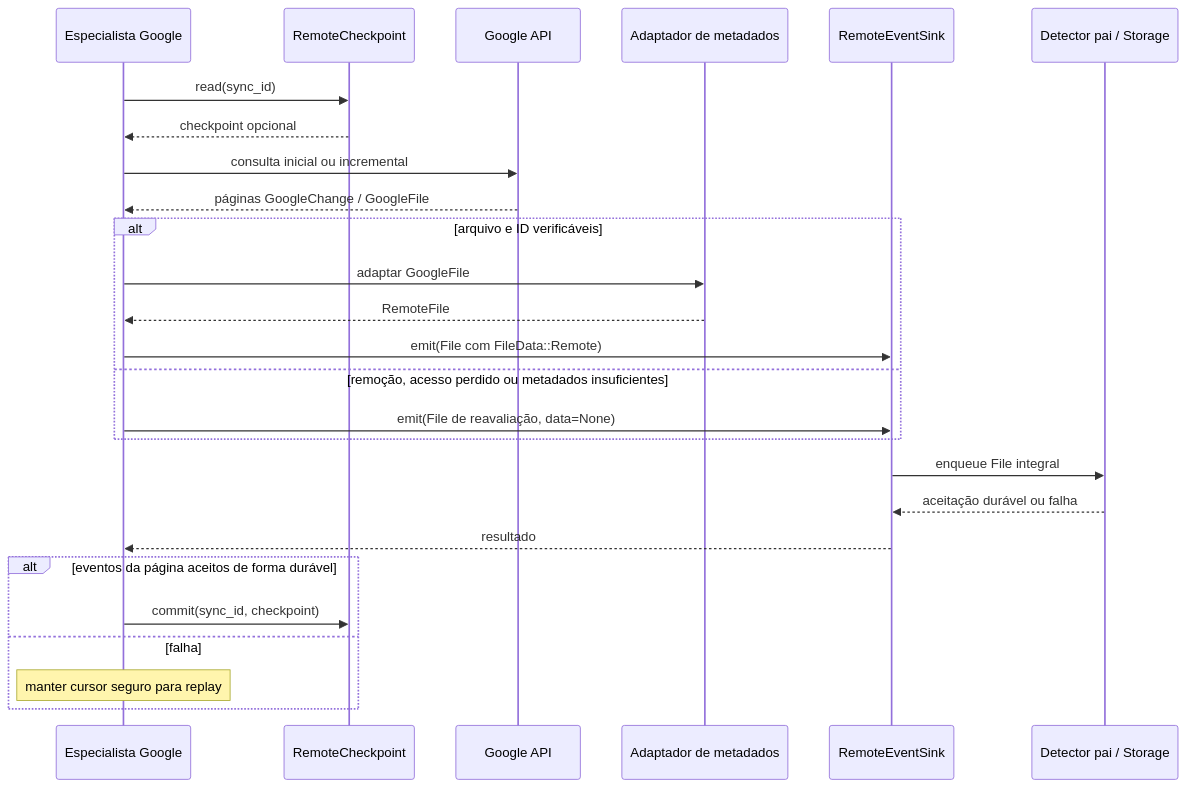
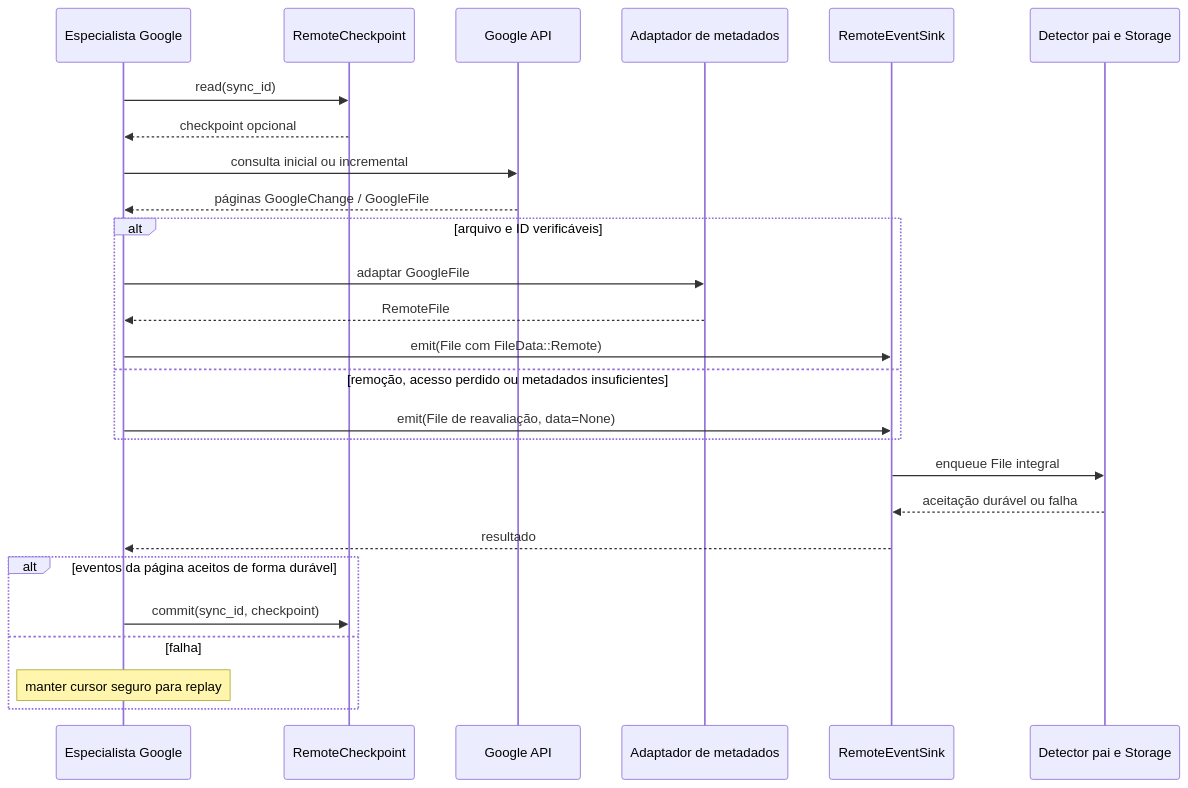
Before and after one commit to rafatosta/drivesync: the second of 2 diagrams in docs/engine/detectors/remote/google/README.md, drawn with Mermaid.

Commit message:
docs(detectors): fix Mermaid sequence syntax in local and remote diagrams

````diff
--- a/docs/engine/detectors/remote/google/README.md
+++ b/docs/engine/detectors/remote/google/README.md
@@ -60,28 +60,28 @@
 ```mermaid
 sequenceDiagram
     participant G as Especialista Google
     participant C as RemoteCheckpoint
     participant A as Google API
     participant M as Adaptador de metadados
     participant S as RemoteEventSink
-    participant D as Detector pai / Storage
+    participant D as Detector pai e Storage
     G->>C: read(sync_id)
     C-->>G: checkpoint opcional
     G->>A: consulta inicial ou incremental
     A-->>G: páginas GoogleChange / GoogleFile
     alt arquivo e ID verificáveis
         G->>M: adaptar GoogleFile
         M-->>G: RemoteFile
         G->>S: emit(File com FileData::Remote)
     else remoção, acesso perdido ou metadados insuficientes
         G->>S: emit(File de reavaliação, data=None)
     end
     S->>D: enqueue File integral
     D-->>S: aceitação durável ou falha
     S-->>G: resultado
     alt eventos da página aceitos de forma durável
         G->>C: commit(sync_id, checkpoint)
     else falha
         Note over G: manter cursor seguro para replay
     end
 ```
````
